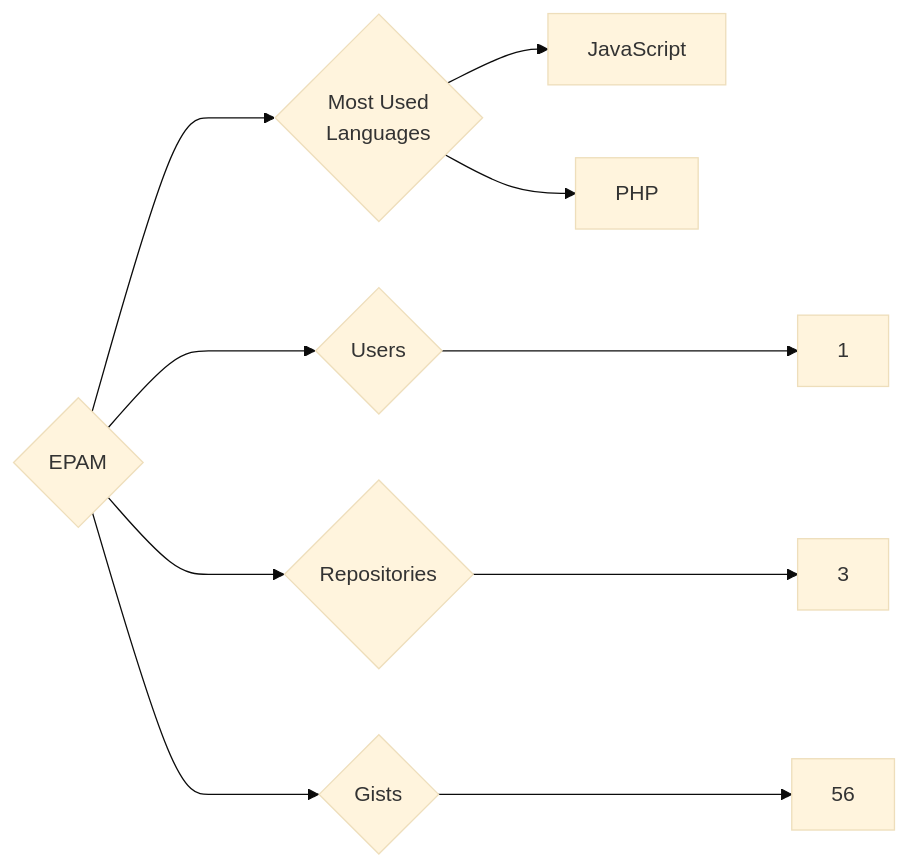
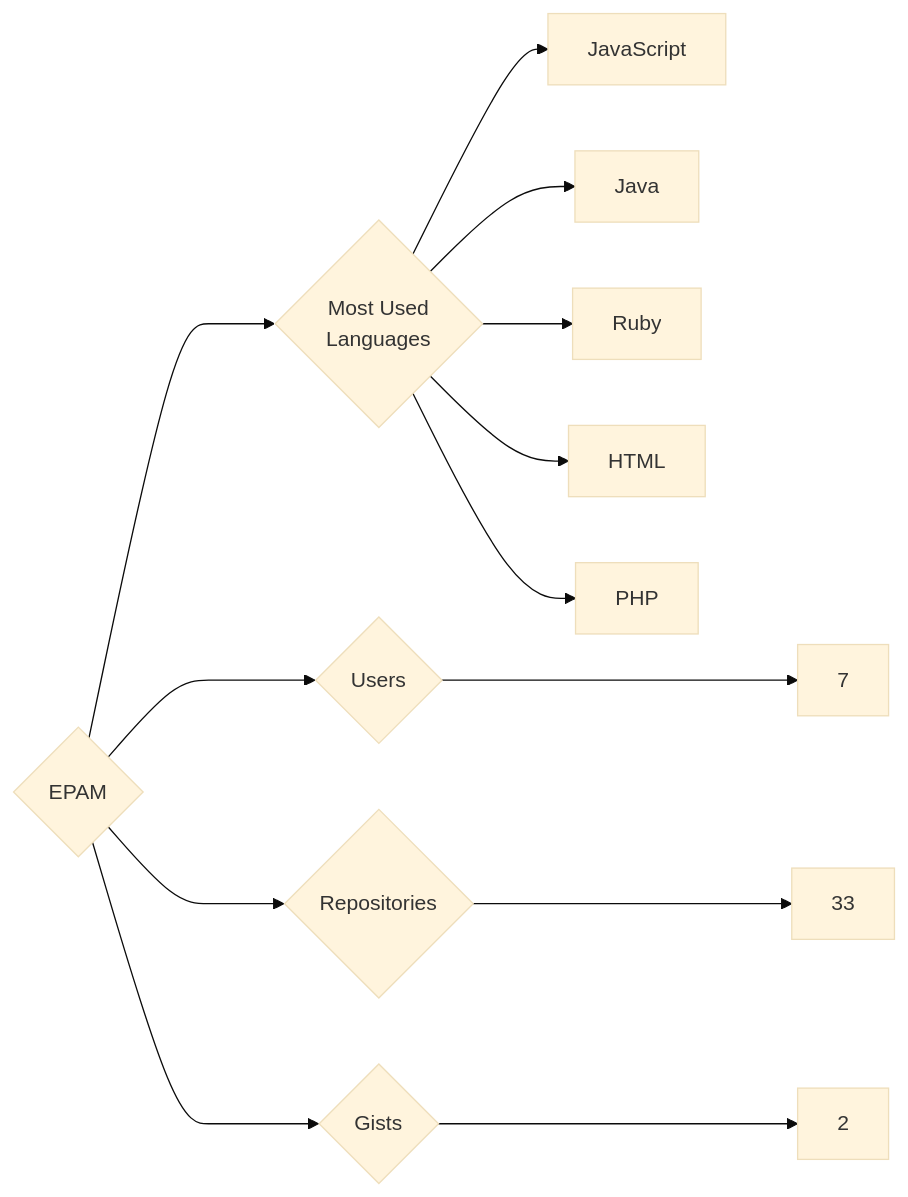
Before and after one commit to trickest/insiders: the diagram in targets/EPAM/README.md, drawn with Mermaid (base theme). The commit also changed 724 other files, not shown here.

````diff
--- a/targets/EPAM/README.md
+++ b/targets/EPAM/README.md
@@ -3,10 +3,13 @@
 ```mermaid
 graph LR
 COMPANY_NAME{EPAM}
-COMPANY_NAME ---> U{Users} ---> UN[1]
-COMPANY_NAME ---> R{Repositories} ---> RN[3]
-COMPANY_NAME ---> G{Gists} ---> GN[56]
+COMPANY_NAME ---> U{Users} ---> UN[7]
+COMPANY_NAME ---> R{Repositories} ---> RN[33]
+COMPANY_NAME ---> G{Gists} ---> GN[2]
 COMPANY_NAME ---> ML{Most Used<br>Languages}
 ML --> JavaScript[JavaScript]
+ML --> Java[Java]
+ML --> Ruby[Ruby]
+ML --> HTML[HTML]
 ML --> PHP[PHP]
 ```
````
